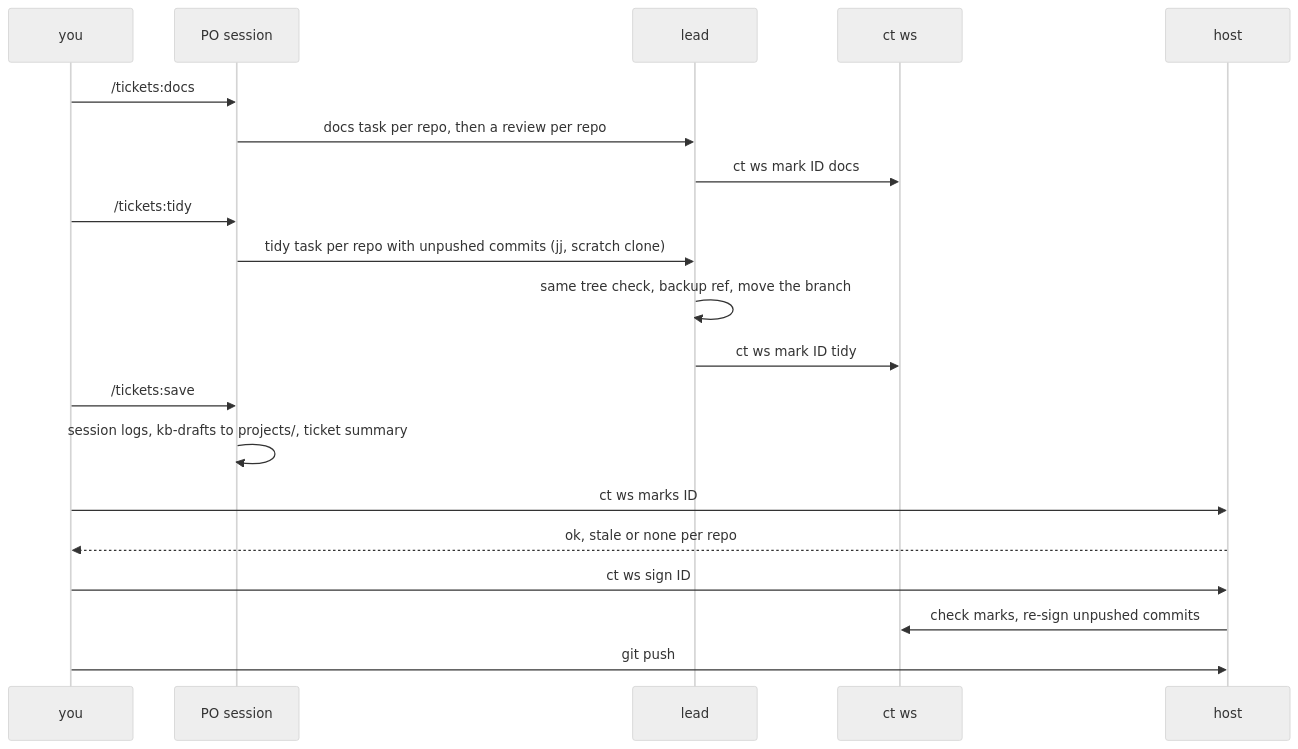
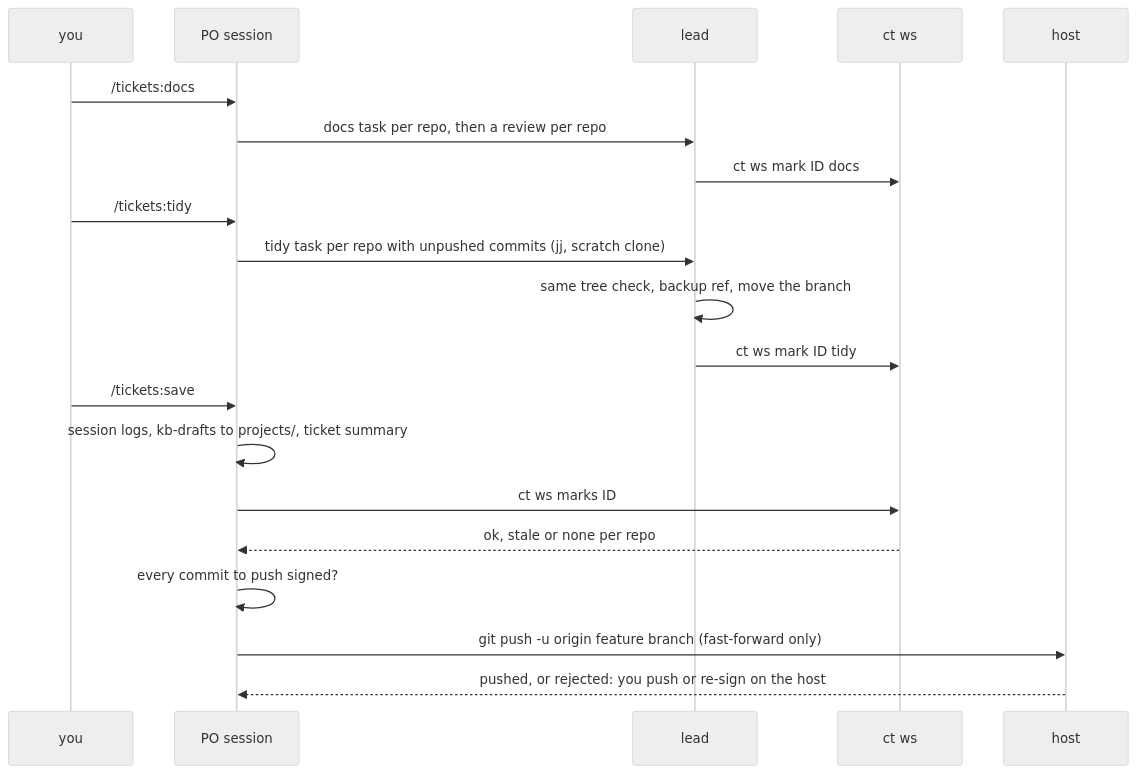
One commit to zero4573/claude-tickets changed the diagram in docs/finishing-a-ticket.md. Above: the diagram before and after it, drawn with Mermaid (neutral theme). The commit also changed other lines of this file and 126 other files, not shown here.

````diff
--- a/docs/finishing-a-ticket.md
+++ b/docs/finishing-a-ticket.md
@@ -6,22 +8,22 @@
 ```mermaid
 sequenceDiagram
   participant U as you
   participant P as PO session
   participant L as lead
   participant W as ct ws
   participant H as host
   U->>P: /tickets:docs
   P->>L: docs task per repo, then a review per repo
   L->>W: ct ws mark ID docs
   U->>P: /tickets:tidy
   P->>L: tidy task per repo with unpushed commits (jj, scratch clone)
   L->>L: same tree check, backup ref, move the branch
   L->>W: ct ws mark ID tidy
   U->>P: /tickets:save
   P->>P: session logs, kb-drafts to projects/, ticket summary
-  U->>H: ct ws marks ID
-  H-->>U: ok, stale or none per repo
-  U->>H: ct ws sign ID
-  H->>W: check marks, re-sign unpushed commits
-  U->>H: git push
+  P->>W: ct ws marks ID
+  W-->>P: ok, stale or none per repo
+  P->>P: every commit to push signed?
+  P->>H: git push -u origin feature branch (fast-forward only)
+  H-->>P: pushed, or rejected: you push or re-sign on the host
 ```
````
